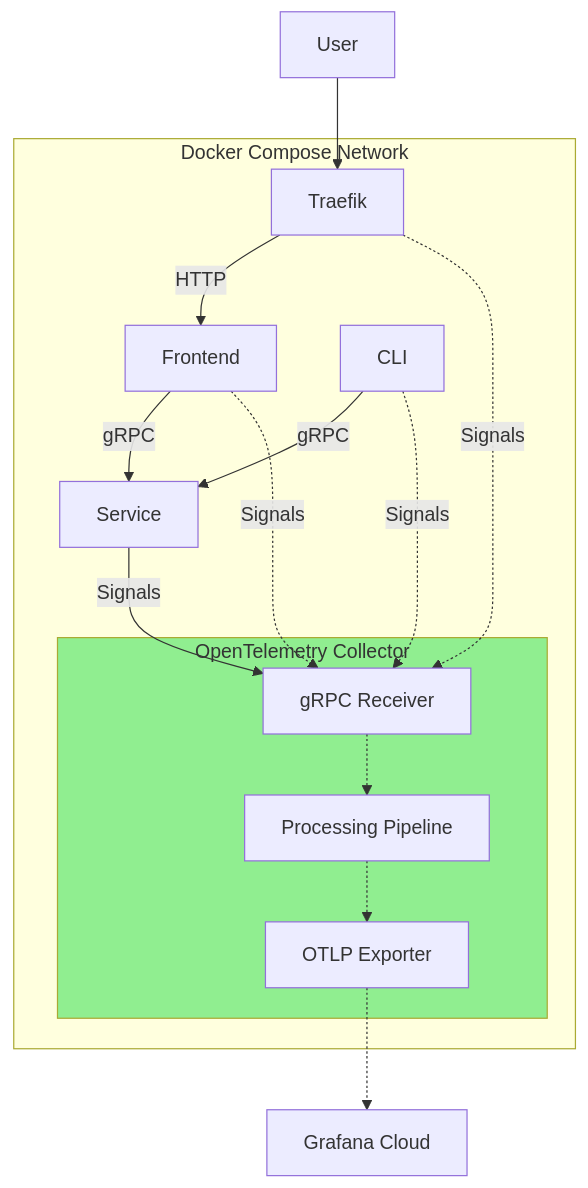
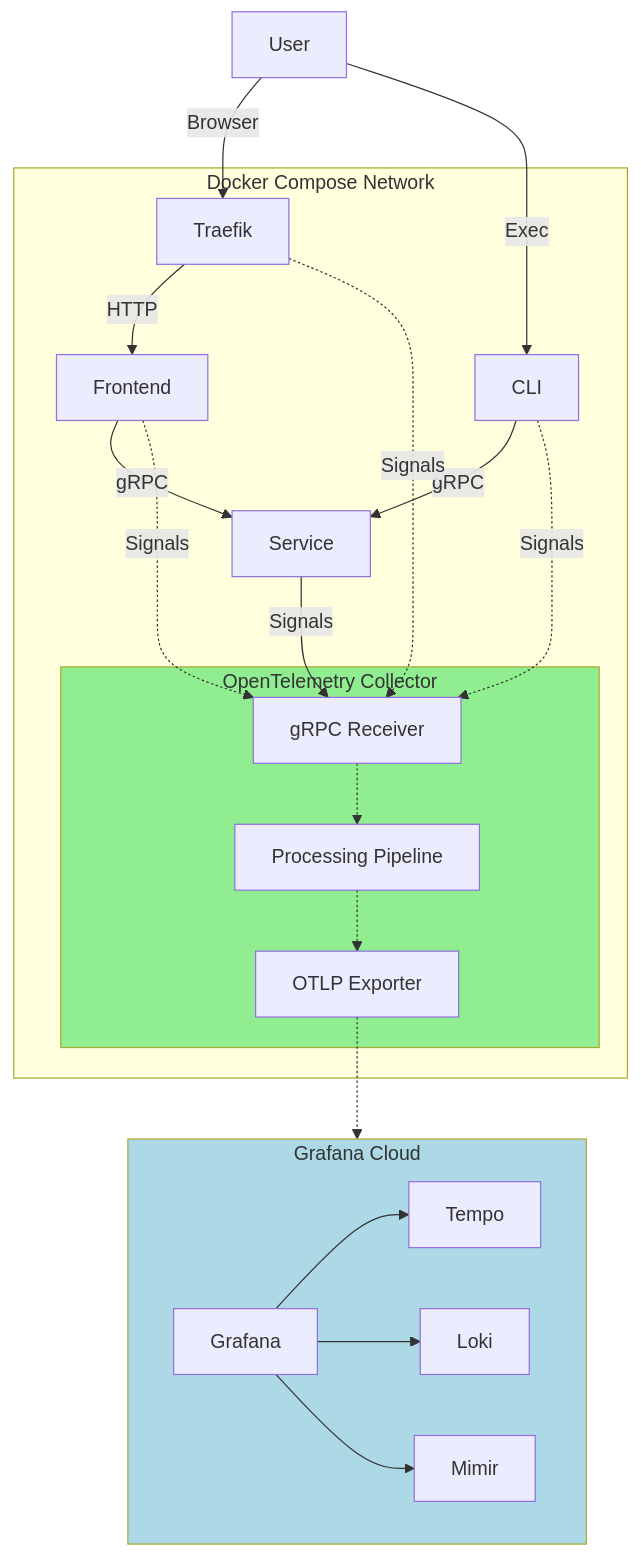
The diagram in demo/README.md (dkrizic/feature), drawn with Mermaid before and after one commit. The commit also changed 3 other files, not shown here.

````diff
--- a/demo/README.md
+++ b/demo/README.md
@@ -13,28 +13,38 @@
 ```mermaid
 graph TD
     style OC fill:lightgreen
+    style GC fill:lightblue
     U[User]
     subgraph DC[Docker Compose Network]
     T[Traefik]
     F[Frontend]
     CLI[CLI]
     S[Service]
     subgraph OC[OpenTelemetry Collector]
       GRPC[gRPC Receiver]
       PIPE[Processing Pipeline]
       EXP[OTLP Exporter]
     end
     end
-    GC[Grafana Cloud]
+    subgraph GC[Grafana Cloud]
+      TMP[Tempo]
+      LOK[Loki]
+      MIM[Mimir]
+      GRF[Grafana]
+      GRF-->TMP
+      GRF-->LOK
+      GRF-->MIM
+    end
     T-->|HTTP|F
     F-->|gRPC|S
     CLI-->|gRPC|S
     S-->|Signals|GRPC
     GRPC-.->PIPE
     PIPE-.->EXP
-    U-->T
+    U-->|Browser|T
+    U-->|Exec|CLI
     EXP-.->GC
     T-.->|Signals|GRPC
     F-.->|Signals|GRPC
     CLI-.->|Signals|GRPC
 ```
````
